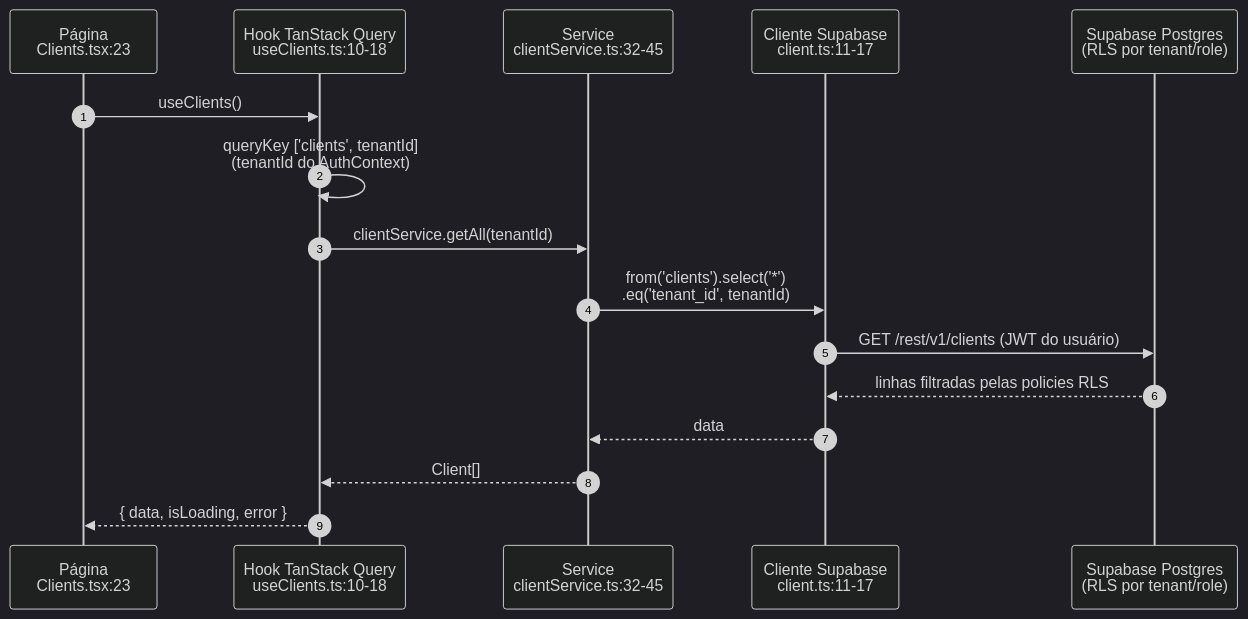
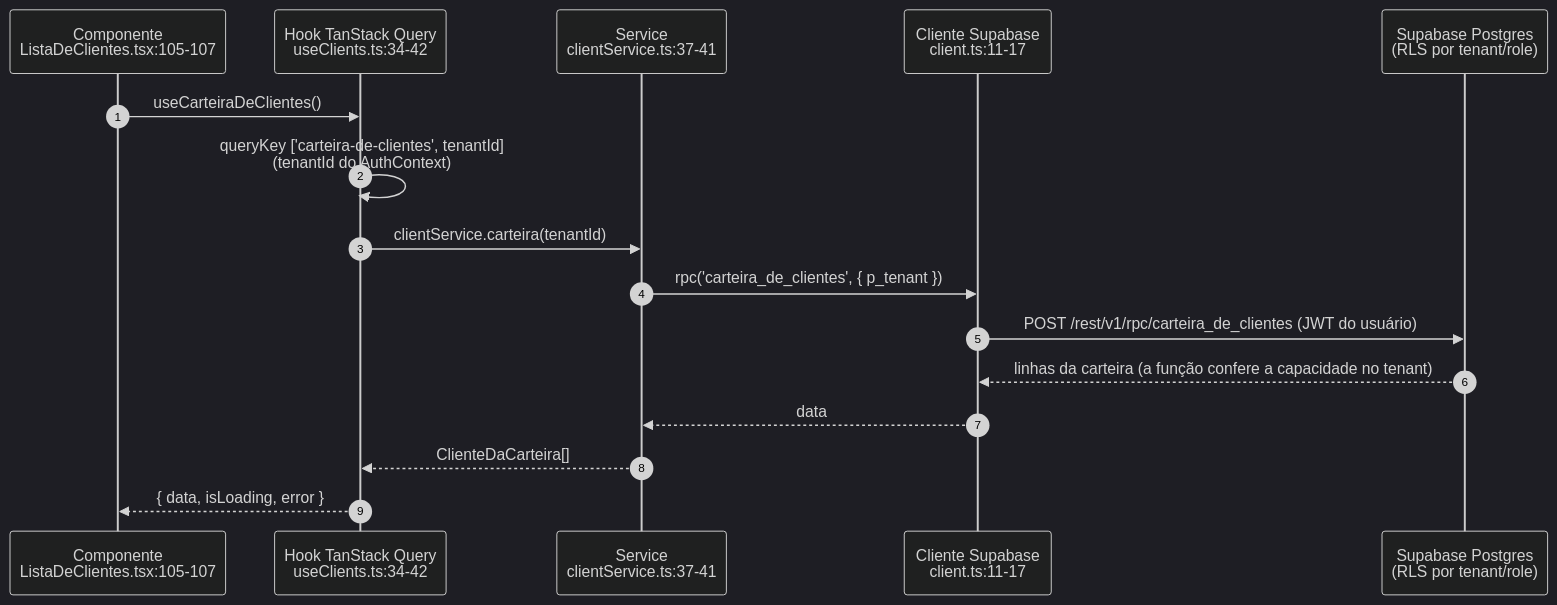
One commit to Origami-Lab-Organization/og-pulse changed the first of 2 diagrams in .harness/docs/architecture/overview.md. Above: the diagram before and after it, drawn with Mermaid (dark theme). The commit also changed other lines of this file and 28 other files, not shown here.

````diff
--- a/.harness/docs/architecture/overview.md
+++ b/.harness/docs/architecture/overview.md
@@ -153,19 +154,19 @@
 ```mermaid
 sequenceDiagram
     autonumber
-    participant P as Página<br/>Clients.tsx:23
-    participant H as Hook TanStack Query<br/>useClients.ts:10-18
-    participant S as Service<br/>clientService.ts:32-45
+    participant P as Componente<br/>ListaDeClientes.tsx:105-107
+    participant H as Hook TanStack Query<br/>useClients.ts:34-42
+    participant S as Service<br/>clientService.ts:37-41
     participant C as Cliente Supabase<br/>client.ts:11-17
     participant DB as Supabase Postgres<br/>(RLS por tenant/role)
 
-    P->>H: useClients()
-    H->>H: queryKey ['clients', tenantId]<br/>(tenantId do AuthContext)
-    H->>S: clientService.getAll(tenantId)
-    S->>C: from('clients').select('*')<br/>.eq('tenant_id', tenantId)
-    C->>DB: GET /rest/v1/clients (JWT do usuário)
-    DB-->>C: linhas filtradas pelas policies RLS
+    P->>H: useCarteiraDeClientes()
+    H->>H: queryKey ['carteira-de-clientes', tenantId]<br/>(tenantId do AuthContext)
+    H->>S: clientService.carteira(tenantId)
+    S->>C: rpc('carteira_de_clientes', { p_tenant })
+    C->>DB: POST /rest/v1/rpc/carteira_de_clientes (JWT do usuário)
+    DB-->>C: linhas da carteira (a função confere a capacidade no tenant)
     C-->>S: data
-    S-->>H: Client[]
+    S-->>H: ClienteDaCarteira[]
     H-->>P: { data, isLoading, error }
 ```
````
